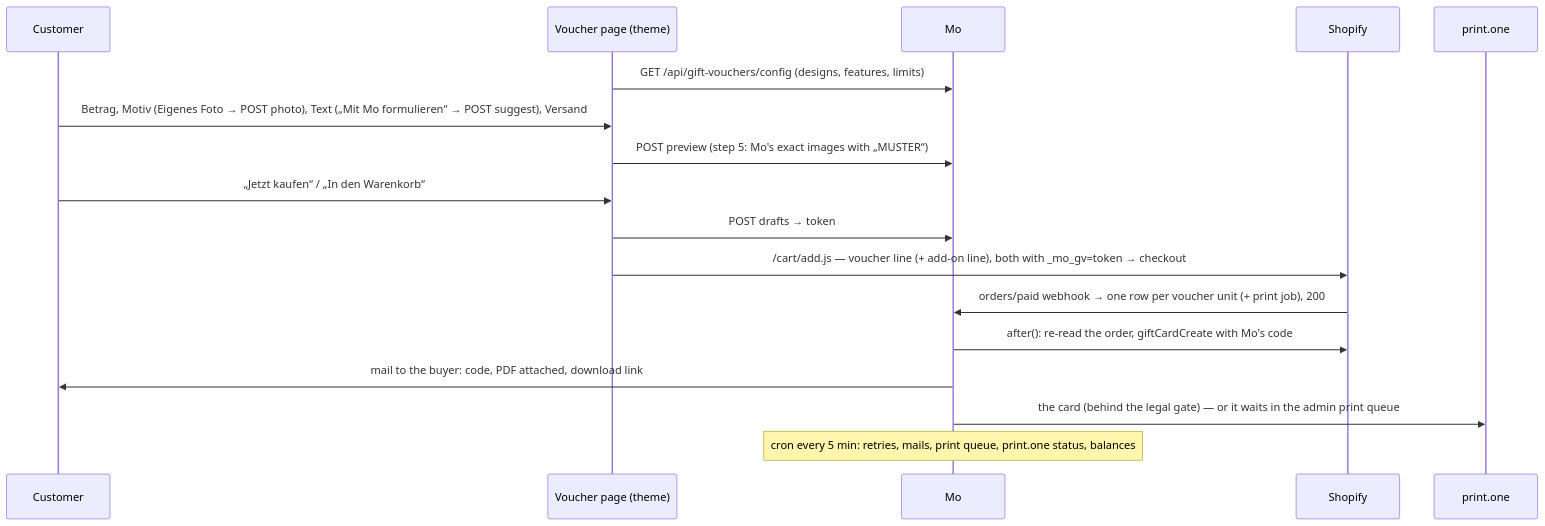
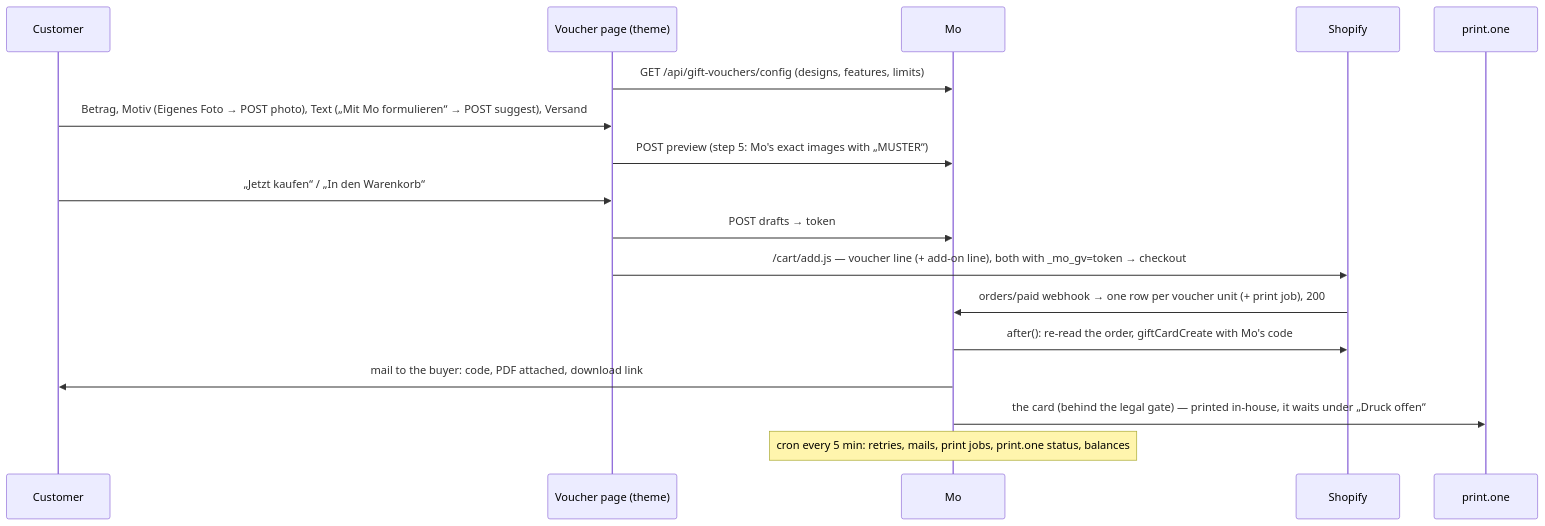
One commit to 4motionsports-GmbH/mo changed the diagram in docs/GIFT_VOUCHERS.md. Above: the diagram before and after it, drawn with Mermaid. The commit also changed other lines of this file and 7 other files, not shown here.

````diff
--- a/docs/GIFT_VOUCHERS.md
+++ b/docs/GIFT_VOUCHERS.md
@@ -53,19 +53,19 @@
 ```mermaid
 sequenceDiagram
   participant C as Customer
   participant P as Voucher page (theme)
   participant M as Mo
   participant S as Shopify
   participant O as print.one
   P->>M: GET /api/gift-vouchers/config (designs, features, limits)
   C->>P: Betrag, Motiv (Eigenes Foto → POST photo), Text („Mit Mo formulieren“ → POST suggest), Versand
   P->>M: POST preview (step 5: Mo's exact images with „MUSTER“)
   C->>P: „Jetzt kaufen“ / „In den Warenkorb“
   P->>M: POST drafts → token
   P->>S: /cart/add.js — voucher line (+ add-on line), both with _mo_gv=token → checkout
   S->>M: orders/paid webhook → one row per voucher unit (+ print job), 200
   M->>S: after(): re-read the order, giftCardCreate with Mo's code
   M->>C: mail to the buyer: code, PDF attached, download link
-  M->>O: the card (behind the legal gate) — or it waits in the admin print queue
-  Note over M: cron every 5 min: retries, mails, print queue, print.one status, balances
+  M->>O: the card (behind the legal gate) — printed in-house, it waits under „Druck offen“
+  Note over M: cron every 5 min: retries, mails, print jobs, print.one status, balances
 ```
````
